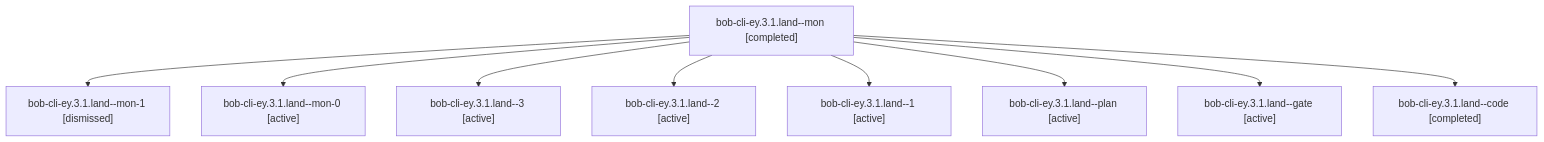
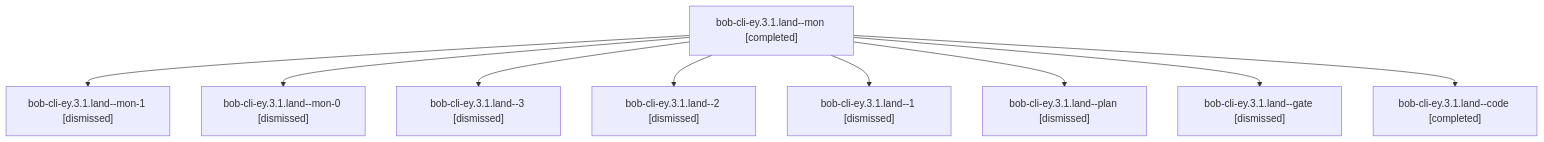
The diagram in sessions/bbugyi200.apollo.bob-cli-ey.3.1.land.md (bobs-org/bob-cli--agents), drawn with Mermaid before and after one commit. The commit also changed other lines of this file and 240 other files, not shown here.

````diff
--- a/sessions/bbugyi200.apollo.bob-cli-ey.3.1.land.md
+++ b/sessions/bbugyi200.apollo.bob-cli-ey.3.1.land.md
@@ -9,20 +9,20 @@
 ```mermaid
 flowchart TD
   n0["bob-cli-ey.3.1.land--mon [completed]"]
   n1["bob-cli-ey.3.1.land--mon-1 [dismissed]"]
   n0 --> n1
-  n2["bob-cli-ey.3.1.land--mon-0 [active]"]
+  n2["bob-cli-ey.3.1.land--mon-0 [dismissed]"]
   n0 --> n2
-  n3["bob-cli-ey.3.1.land--3 [active]"]
+  n3["bob-cli-ey.3.1.land--3 [dismissed]"]
   n0 --> n3
-  n4["bob-cli-ey.3.1.land--2 [active]"]
+  n4["bob-cli-ey.3.1.land--2 [dismissed]"]
   n0 --> n4
-  n5["bob-cli-ey.3.1.land--1 [active]"]
+  n5["bob-cli-ey.3.1.land--1 [dismissed]"]
   n0 --> n5
-  n6["bob-cli-ey.3.1.land--plan [active]"]
+  n6["bob-cli-ey.3.1.land--plan [dismissed]"]
   n0 --> n6
-  n7["bob-cli-ey.3.1.land--gate [active]"]
+  n7["bob-cli-ey.3.1.land--gate [dismissed]"]
   n0 --> n7
   n8["bob-cli-ey.3.1.land--code [completed]"]
   n0 --> n8
 ```
````
